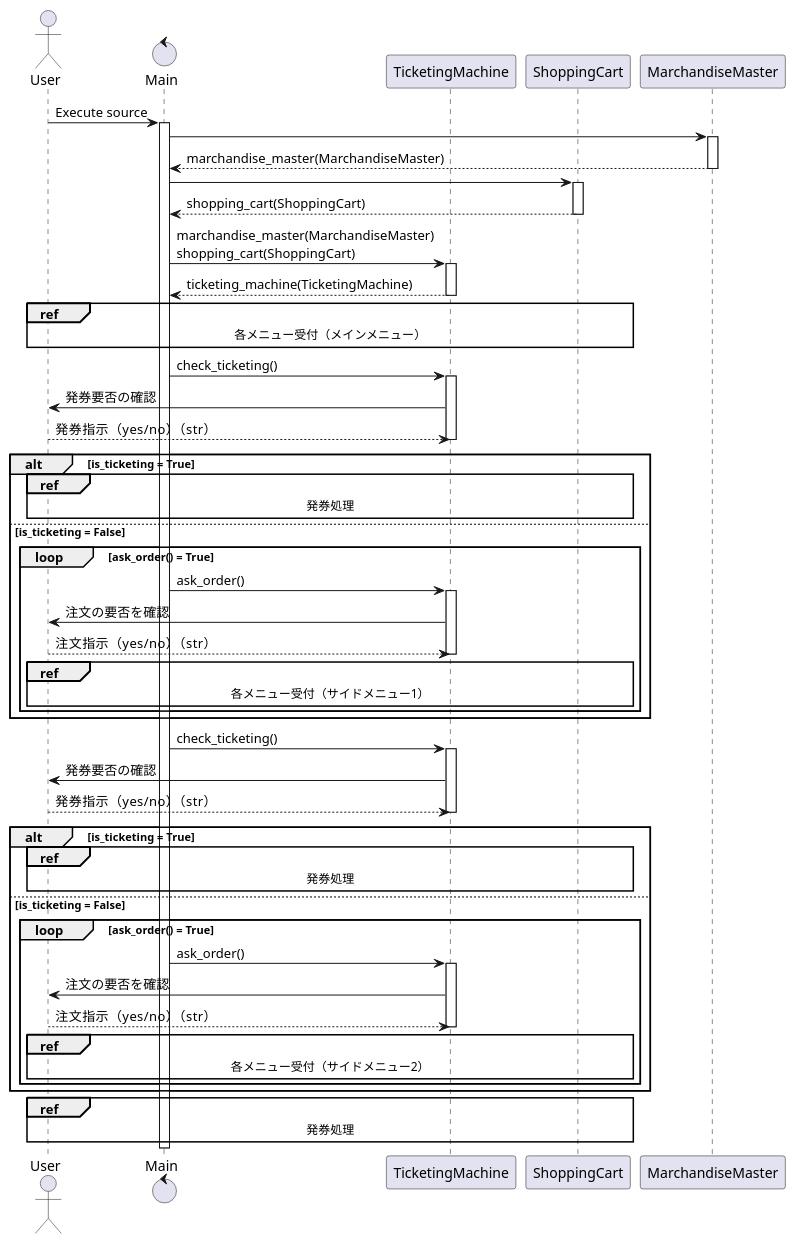
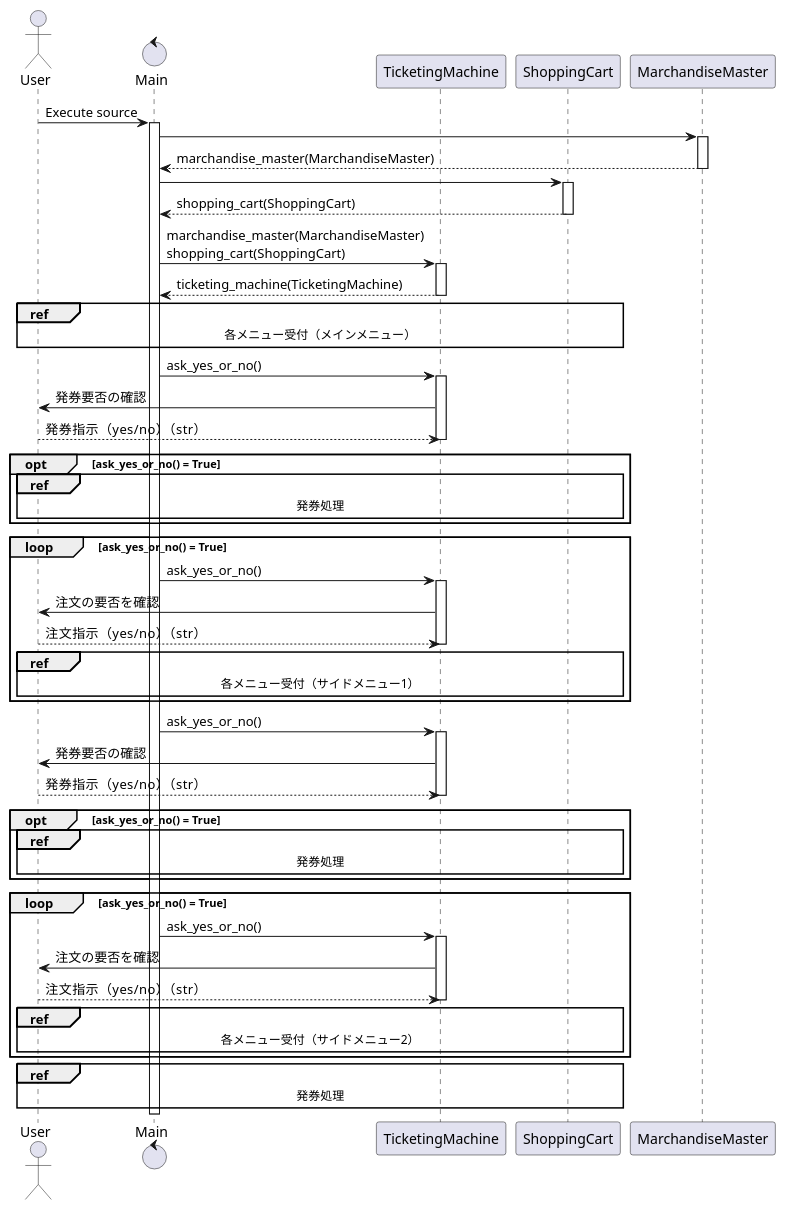
Before and after one commit to Design-Practice-Team/design: the fourth of 6 diagrams in AP_H31_Spring_PM03/Suzuki/try1/ticket_machine.md, drawn with PlantUML. The commit also changed other lines of this file and 4 other files, not shown here.

```diff
--- a/AP_H31_Spring_PM03/Suzuki/try1/ticket_machine.md
+++ b/AP_H31_Spring_PM03/Suzuki/try1/ticket_machine.md
@@ -177,53 +177,54 @@
     各メニュー受付（メインメニュー）
 end ref
 
-Main -> TicketingMachine : check_ticketing()
+Main -> TicketingMachine : ask_yes_or_no()
 activate TicketingMachine
 TicketingMachine -> User : 発券要否の確認
 User --> TicketingMachine : 発券指示（yes/no）（str）
 deactivate TicketingMachine
 
-alt is_ticketing = True
+opt ask_yes_or_no() = True
     ref over User, Main, TicketingMachine, ShoppingCart
         発券処理
     end ref
-else is_ticketing = False
-    ' サイドメニュー1の選択
-    loop ask_order() = True
-        Main -> TicketingMachine : ask_order()
-        activate TicketingMachine
-        TicketingMachine -> User : 注文の要否を確認
-        User --> TicketingMachine : 注文指示（yes/no）（str）
-        deactivate TicketingMachine
-        ref over User, Main, TicketingMachine, ShoppingCart
-            各メニュー受付（サイドメニュー1）
-        end ref
-    end 
-end
+end 
 
-Main -> TicketingMachine : check_ticketing()
+' サイドメニュー1の選択
+loop ask_yes_or_no() = True
+    Main -> TicketingMachine : ask_yes_or_no()
+    activate TicketingMachine
+    TicketingMachine -> User : 注文の要否を確認
+    User --> TicketingMachine : 注文指示（yes/no）（str）
+    deactivate TicketingMachine
+    ref over User, Main, TicketingMachine, ShoppingCart
+        各メニュー受付（サイドメニュー1）
+    end ref
+end 
+
+
+Main -> TicketingMachine : ask_yes_or_no()
 activate TicketingMachine
 TicketingMachine -> User : 発券要否の確認
 User --> TicketingMachine : 発券指示（yes/no）（str）
 deactivate TicketingMachine
 
-alt is_ticketing = True
+opt ask_yes_or_no() = True
     ref over User, Main, TicketingMachine, ShoppingCart
         発券処理
     end ref
-else is_ticketing = False
-    ' サイドメニュー2の選択
-    loop ask_order() = True
-        Main -> TicketingMachine : ask_order()
-        activate TicketingMachine
-        TicketingMachine -> User : 注文の要否を確認
-        User --> TicketingMachine : 注文指示（yes/no）（str）
-        deactivate TicketingMachine
-        ref over User, Main, TicketingMachine, ShoppingCart
-            各メニュー受付（サイドメニュー2）
-        end ref
-    end 
 end
+
+' サイドメニュー2の選択
+loop ask_yes_or_no() = True
+    Main -> TicketingMachine : ask_yes_or_no()
+    activate TicketingMachine
+    TicketingMachine -> User : 注文の要否を確認
+    User --> TicketingMachine : 注文指示（yes/no）（str）
+    deactivate TicketingMachine
+    ref over User, Main, TicketingMachine, ShoppingCart
+        各メニュー受付（サイドメニュー2）
+    end ref
+end 
 
 ref over User, Main, TicketingMachine, ShoppingCart
     発券処理
```
